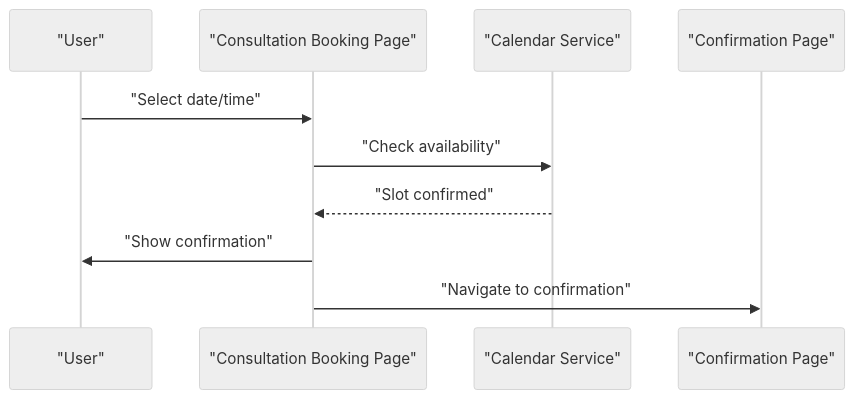
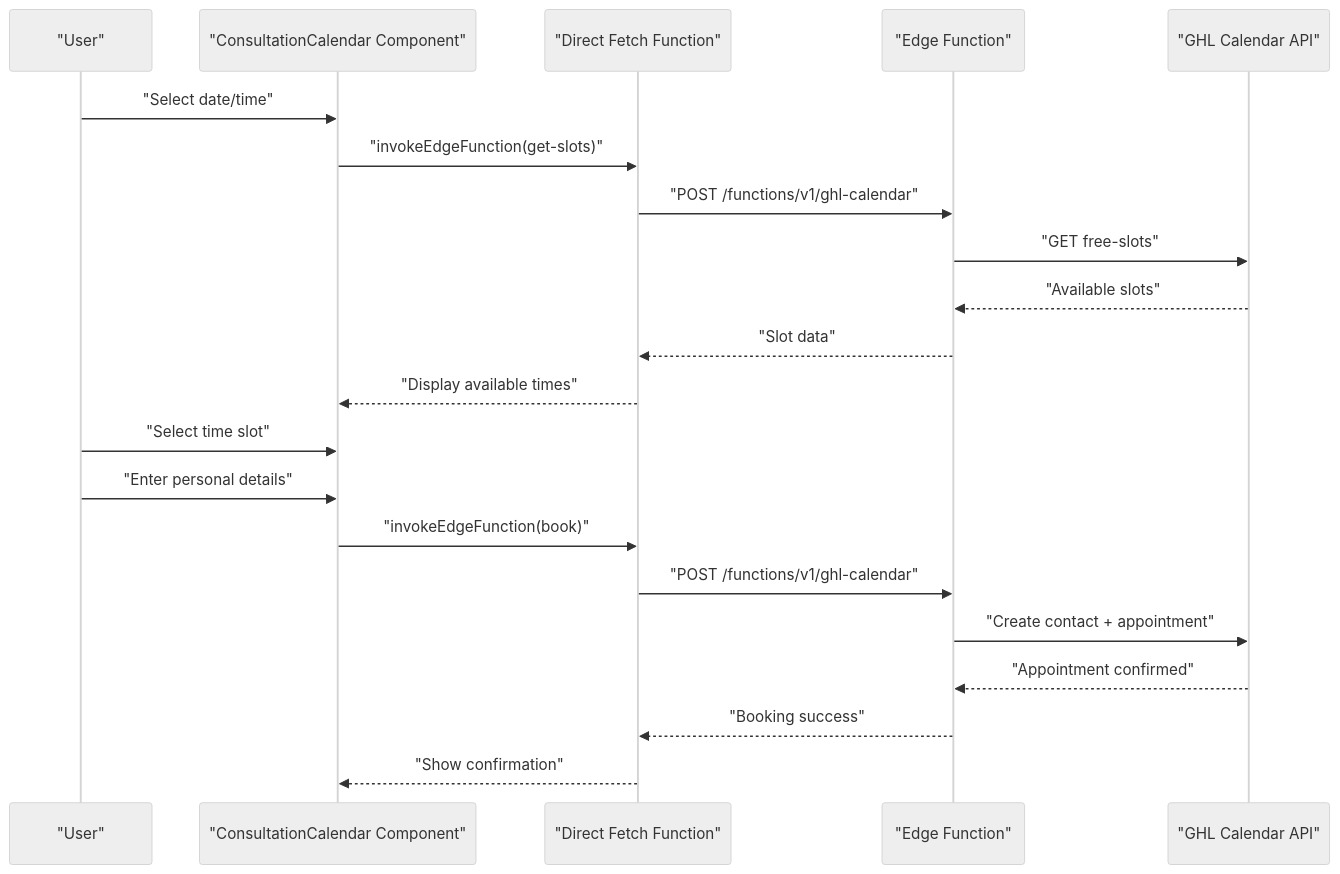
One commit to Hawky1/ryland changed the fourth of 8 diagrams in .qoder/repowiki/en/content/Sales Funnel Pages.md. Above: the diagram before and after it, drawn with Mermaid (neutral theme). The commit also changed other lines of this file and 5 other files, not shown here.

Commit message:
Improve GHL calendar edge function: better logging, optional userId, strip traceId from response

````diff
--- a/.qoder/repowiki/en/content/Sales Funnel Pages.md
+++ b/.qoder/repowiki/en/content/Sales Funnel Pages.md
@@ -130,12 +162,23 @@
 ```mermaid
 sequenceDiagram
 participant U as "User"
-participant CB as "Consultation Booking Page"
-participant Cal as "Calendar Service"
-participant Conf as "Confirmation Page"
-U->>CB : "Select date/time"
-CB->>Cal : "Check availability"
-Cal-->>CB : "Slot confirmed"
-CB->>U : "Show confirmation"
-CB->>Conf : "Navigate to confirmation"
+participant CC as "ConsultationCalendar Component"
+participant DF as "Direct Fetch Function"
+participant EF as "Edge Function"
+participant GHL as "GHL Calendar API"
+U->>CC : "Select date/time"
+CC->>DF : "invokeEdgeFunction(get-slots)"
+DF->>EF : "POST /functions/v1/ghl-calendar"
+EF->>GHL : "GET free-slots"
+GHL-->>EF : "Available slots"
+EF-->>DF : "Slot data"
+DF-->>CC : "Display available times"
+U->>CC : "Select time slot"
+U->>CC : "Enter personal details"
+CC->>DF : "invokeEdgeFunction(book)"
+DF->>EF : "POST /functions/v1/ghl-calendar"
+EF->>GHL : "Create contact + appointment"
+GHL-->>EF : "Appointment confirmed"
+EF-->>DF : "Booking success"
+DF-->>CC : "Show confirmation"
 ```
````
